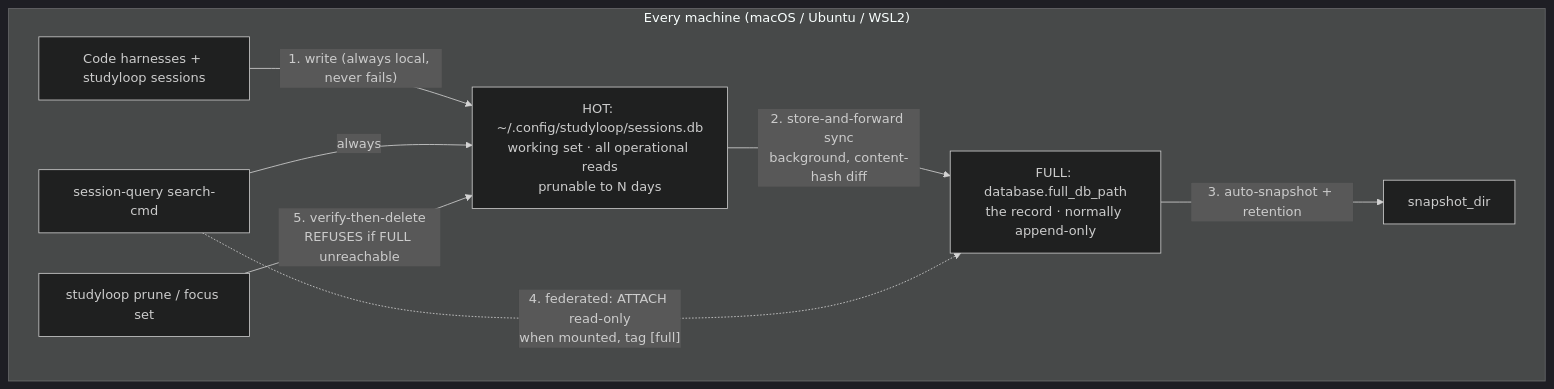
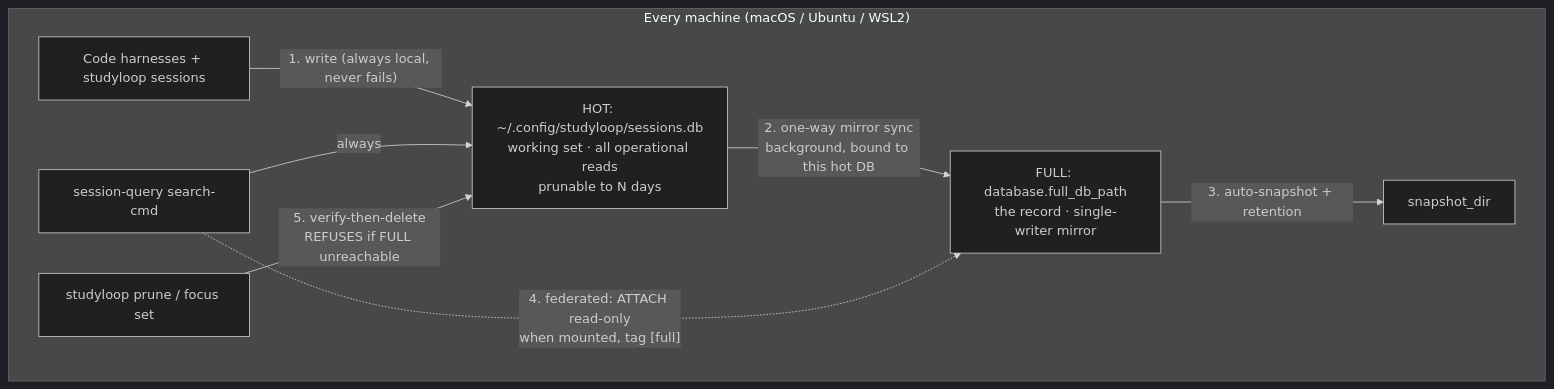
Before and after one commit to NetDevAutomate/StudyLoop: the diagram in docs/session-db-tiering.md, drawn with Mermaid (dark theme). The commit also changed other lines of this file and 3 other files, not shown here.

First line of the commit message:
docs: sync-full and prune under the mirror contract; one troubleshooting entry per refusal

````diff
--- a/docs/session-db-tiering.md
+++ b/docs/session-db-tiering.md
@@ -8,11 +8,11 @@
 ```mermaid
 graph TB
     subgraph "Every machine (macOS / Ubuntu / WSL2)"
         HARNESS[Code harnesses + studyloop sessions] -->|"1. write (always local, never fails)"| HOT["HOT: ~/.config/studyloop/sessions.db<br/>working set · all operational reads<br/>prunable to N days"]
-        HOT -->|"2. store-and-forward sync<br/>background, content-hash diff"| FULL["FULL: database.full_db_path<br/>the record · normally append-only"]
+        HOT -->|"2. one-way mirror sync<br/>background, bound to this hot DB"| FULL["FULL: database.full_db_path<br/>the record · single-writer mirror"]
         FULL -->|"3. auto-snapshot + retention"| SNAP["snapshot_dir"]
         SEARCH["session-query search-cmd"] -->|always| HOT
         SEARCH -.->|"4. federated: ATTACH read-only<br/>when mounted, tag [full]"| FULL
         PRUNE["studyloop prune / focus set"] -->|"5. verify-then-delete<br/>REFUSES if FULL unreachable"| HOT
     end
 ```
````
